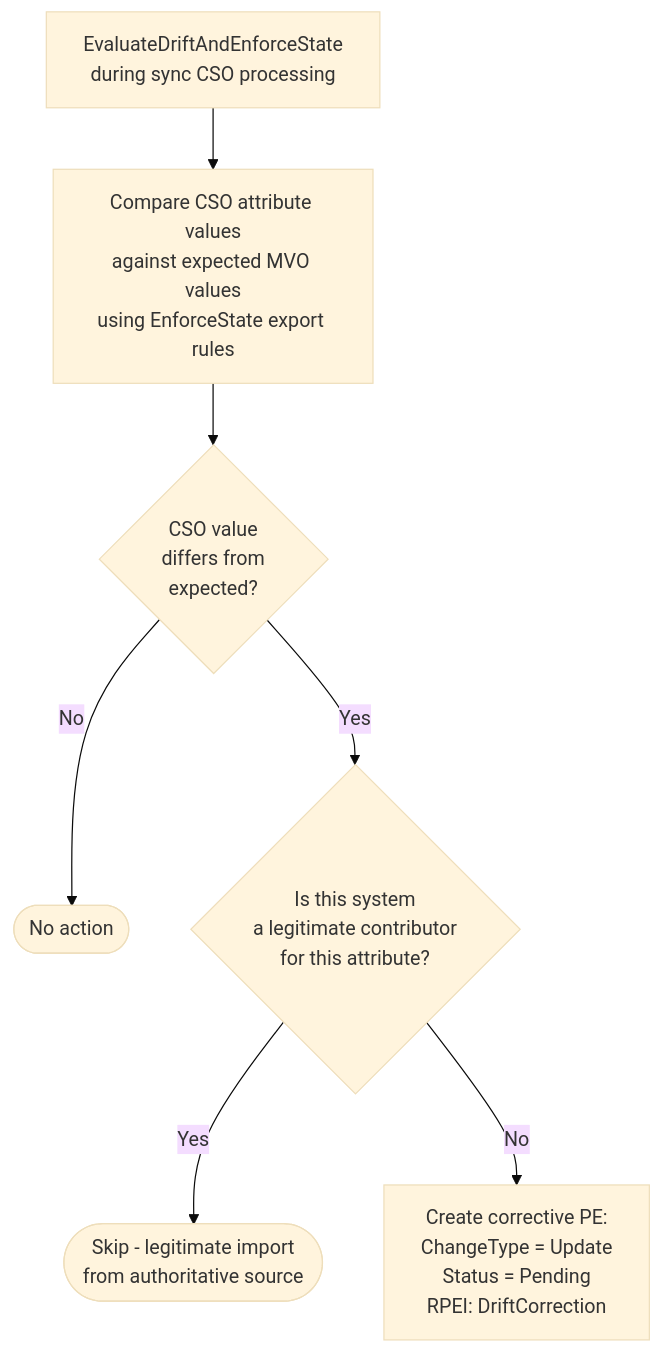
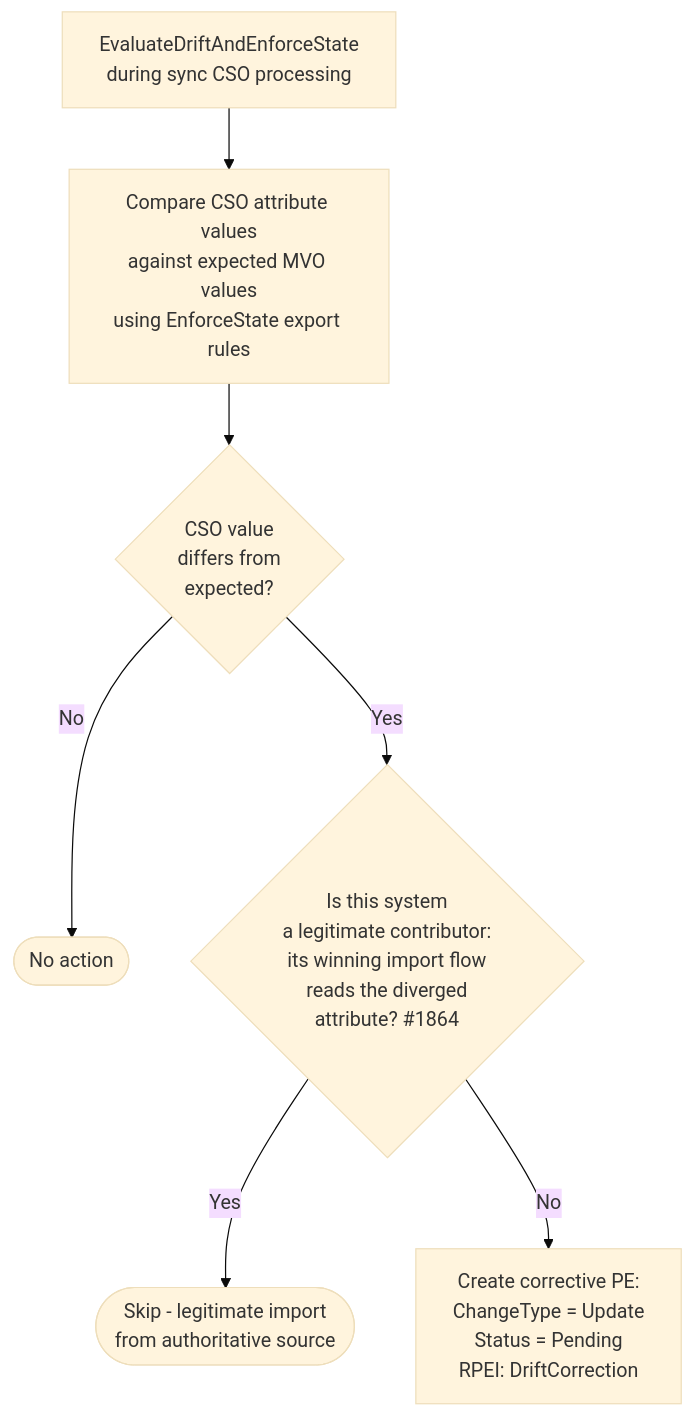
Before and after one commit to TetronIO/JIM: the fourth of 5 diagrams in docs/developer/diagrams/PENDING_EXPORT_LIFECYCLE.md, drawn with Mermaid (base theme). The commit also changed other lines of this file and 28 other files, not shown here.

First line of the commit message:
docs: update documentation and diagrams for v0.16.0 release

````diff
--- a/docs/developer/diagrams/PENDING_EXPORT_LIFECYCLE.md
+++ b/docs/developer/diagrams/PENDING_EXPORT_LIFECYCLE.md
@@ -168,9 +175,9 @@
 ```mermaid
 flowchart TD
     DriftCheck[EvaluateDriftAndEnforceState<br/>during sync CSO processing] --> CompareCSO[Compare CSO attribute values<br/>against expected MVO values<br/>using EnforceState export rules]
     CompareCSO --> Drifted{CSO value<br/>differs from<br/>expected?}
     Drifted -->|No| NoDrift([No action])
-    Drifted -->|Yes| CheckContributor{Is this system<br/>a legitimate contributor<br/>for this attribute?}
+    Drifted -->|Yes| CheckContributor{Is this system<br/>a legitimate contributor:<br/>its winning import flow<br/>reads the diverged<br/>attribute? #1864}
     CheckContributor -->|Yes| LegitChange([Skip - legitimate import<br/>from authoritative source])
     CheckContributor -->|No| CreateCorrective[Create corrective PE:<br/>ChangeType = Update<br/>Status = Pending<br/>RPEI: DriftCorrection]
 ```
````
